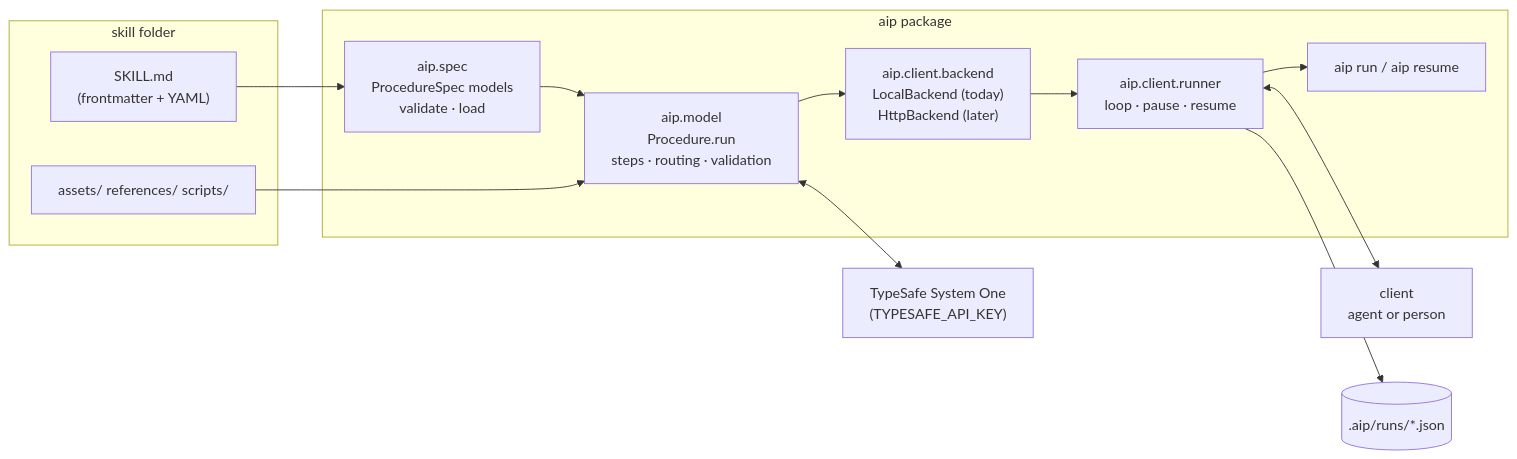
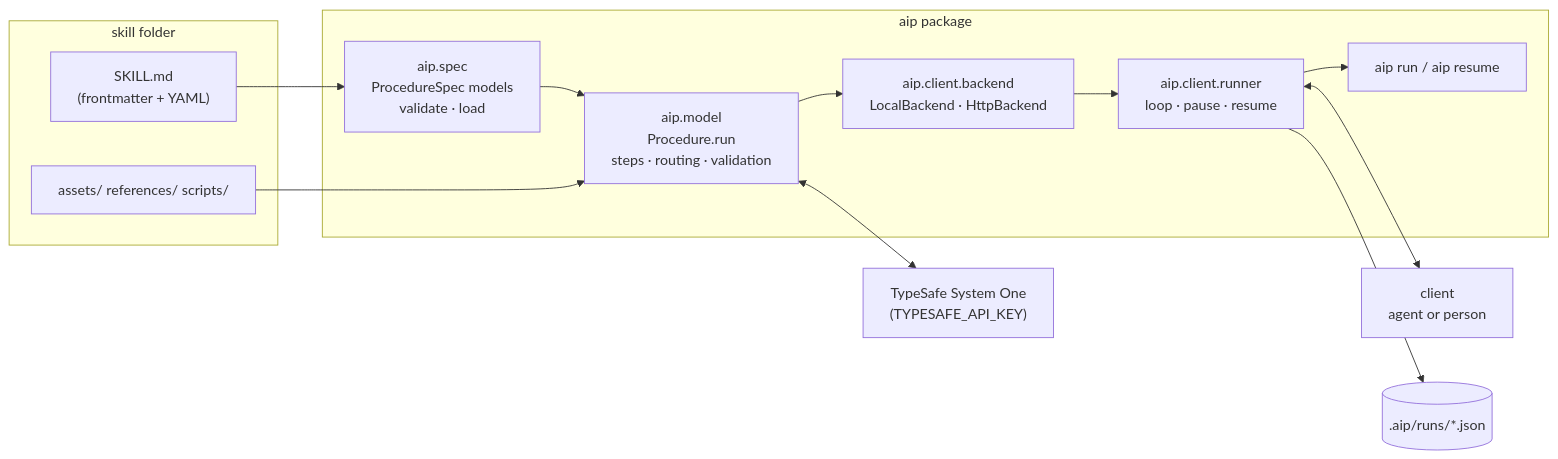
Before and after one commit to zach-blumenfeld/aip: the diagram in docs/running.md, drawn with Mermaid. The commit also changed other lines of this file and 8 other files, not shown here.

````diff
--- a/docs/running.md
+++ b/docs/running.md
@@ -7,24 +7,24 @@
 ```mermaid
 flowchart LR
     subgraph skill["skill folder"]
         md["SKILL.md<br/>(frontmatter + YAML)"]
         res["assets/ references/ scripts/"]
     end
     subgraph aip["aip package"]
         spec["aip.spec<br/>ProcedureSpec models<br/>validate · load"]
         model["aip.model<br/>Procedure.run<br/>steps · routing · validation"]
-        backend["aip.client.backend<br/>LocalBackend (today)<br/>HttpBackend (later)"]
+        backend["aip.client.backend<br/>LocalBackend · HttpBackend"]
         runner["aip.client.runner<br/>loop · pause · resume"]
         cli["aip run / aip resume"]
     end
     jev["TypeSafe System One<br/>(TYPESAFE_API_KEY)"]
     client["client<br/>agent or person"]
     runfile[(".aip/runs/*.json")]
 
     md --> spec --> model
     res --> model
     model <--> jev
     model --> backend --> runner --> cli
     runner <--> client
     runner --> runfile
 ```
````
